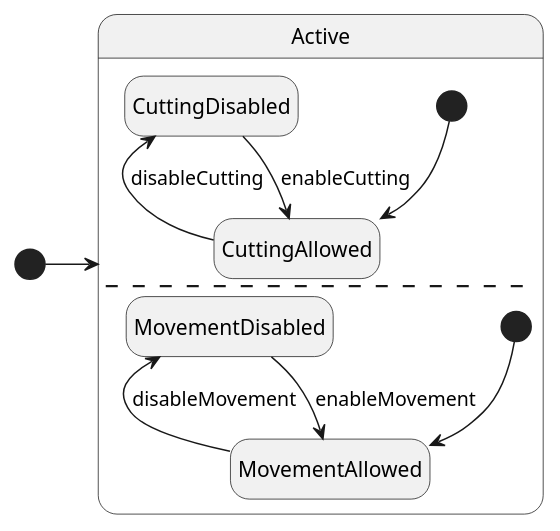
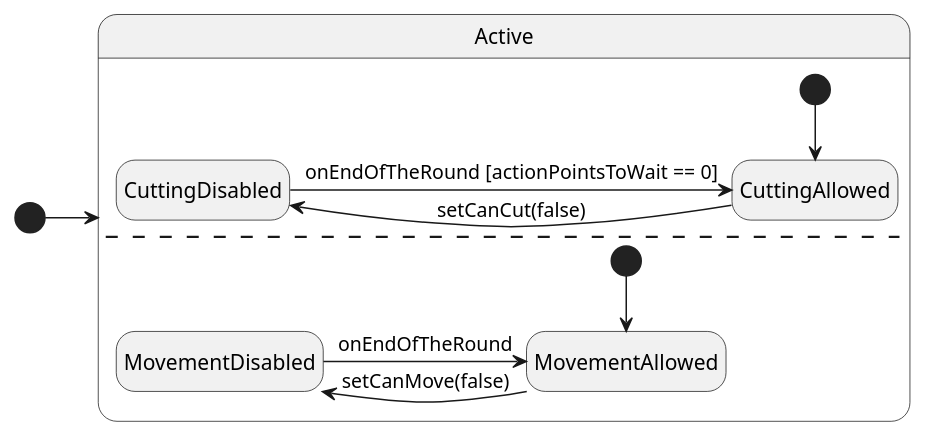
The diagram in diagrams/state/insect/insect_state.plantuml (dzsem/projlab), drawn with PlantUML before and after one commit. The commit also changed 17 other files, not shown here.

Commit message:
Patch diagrams round 1

```diff
--- a/diagrams/state/insect/insect_state.plantuml
+++ b/diagrams/state/insect/insect_state.plantuml
@@ -1,25 +1,25 @@
 @startuml insect_state
 
 state Active {
 	hide empty description
 
 	state CuttingAllowed
 	state CuttingDisabled
-	CuttingDisabled --> CuttingAllowed: enableCutting
-	CuttingDisabled <-- CuttingAllowed: disableCutting
+	CuttingDisabled -> CuttingAllowed: onEndOfTheRound [actionPointsToWait == 0]
+	CuttingDisabled <- CuttingAllowed: setCanCut(false)
 	[*] --> CuttingAllowed
 
 	--
 
 	state MovementAllowed
 	state MovementDisabled
 
-	MovementDisabled --> MovementAllowed: enableMovement
-	MovementDisabled <-- MovementAllowed: disableMovement
+	MovementDisabled -> MovementAllowed: onEndOfTheRound
+	MovementDisabled <- MovementAllowed: setCanMove(false)
 	[*] --> MovementAllowed
 }
 
 [*] -> Active
 
 
 @enduml
```
